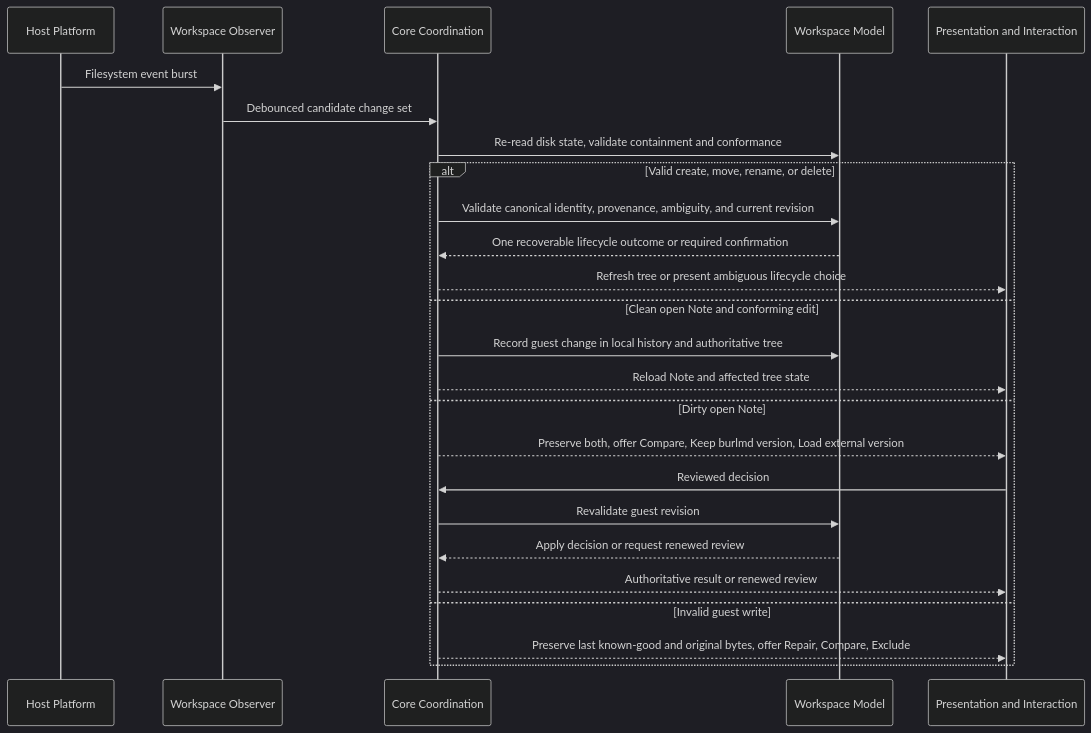
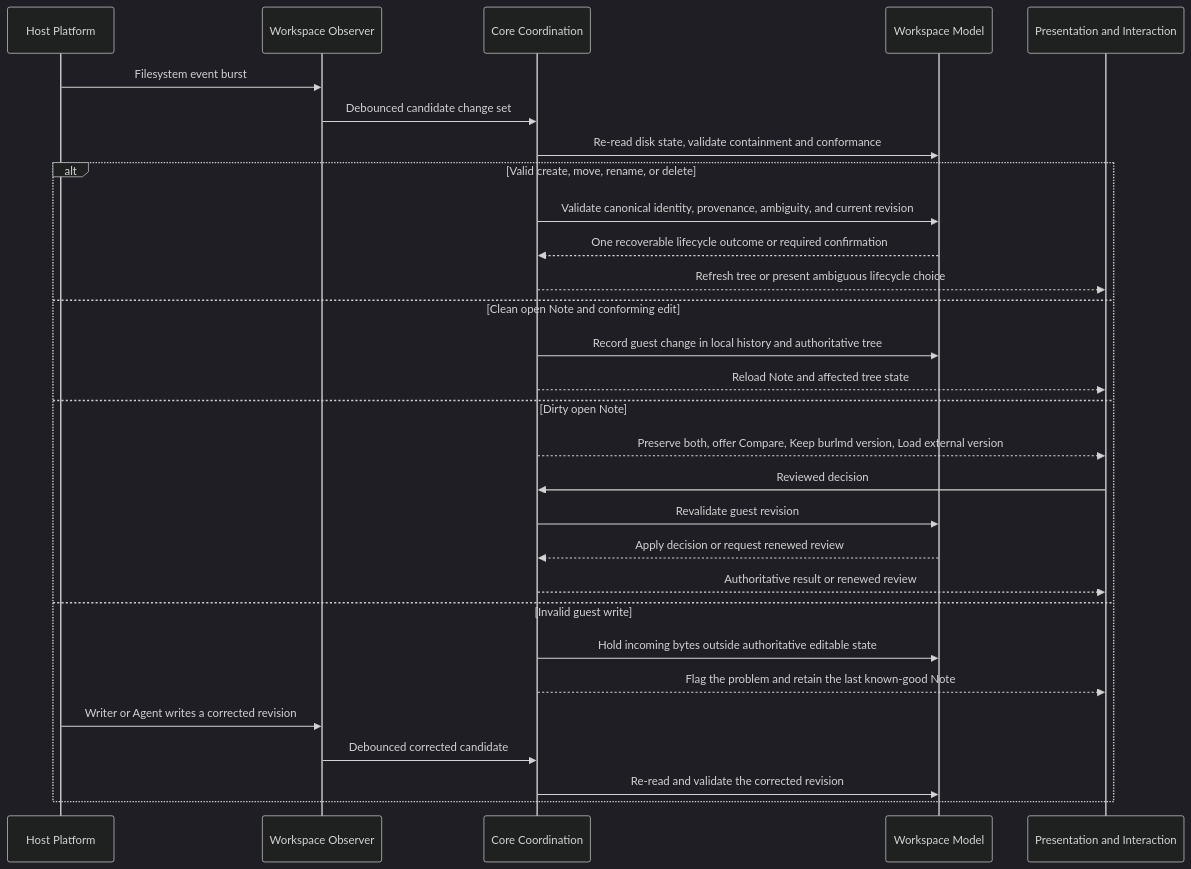
Before and after one commit to SkrOYC/burlmd: the diagram in .constitution/architecture/flows/flow-workspace-monitoring.md, drawn with Mermaid (dark theme). The commit also changed other lines of this file and 85 other files, not shown here.

First line of the commit message:
docs: align constitution layers with private Linux-first roadmap

````diff
--- a/.constitution/architecture/flows/flow-workspace-monitoring.md
+++ b/.constitution/architecture/flows/flow-workspace-monitoring.md
@@ -13,28 +13,32 @@
 ```mermaid
 sequenceDiagram
     participant Host as Host Platform
     participant Observer as Workspace Observer
     participant Core as Core Coordination
     participant Workspace as Workspace Model
     participant UI as Presentation and Interaction
 
     Host->>Observer: Filesystem event burst
     Observer->>Core: Debounced candidate change set
     Core->>Workspace: Re-read disk state, validate containment and conformance
     alt Valid create, move, rename, or delete
         Core->>Workspace: Validate canonical identity, provenance, ambiguity, and current revision
         Workspace-->>Core: One recoverable lifecycle outcome or required confirmation
         Core-->>UI: Refresh tree or present ambiguous lifecycle choice
     else Clean open Note and conforming edit
         Core->>Workspace: Record guest change in local history and authoritative tree
         Core-->>UI: Reload Note and affected tree state
     else Dirty open Note
         Core-->>UI: Preserve both, offer Compare, Keep burlmd version, Load external version
         UI->>Core: Reviewed decision
         Core->>Workspace: Revalidate guest revision
         Workspace-->>Core: Apply decision or request renewed review
         Core-->>UI: Authoritative result or renewed review
     else Invalid guest write
-        Core-->>UI: Preserve last known-good and original bytes, offer Repair, Compare, Exclude
+        Core->>Workspace: Hold incoming bytes outside authoritative editable state
+        Core-->>UI: Flag the problem and retain the last known-good Note
+        Host->>Observer: Writer or Agent writes a corrected revision
+        Observer->>Core: Debounced corrected candidate
+        Core->>Workspace: Re-read and validate the corrected revision
     end
 ```
````
